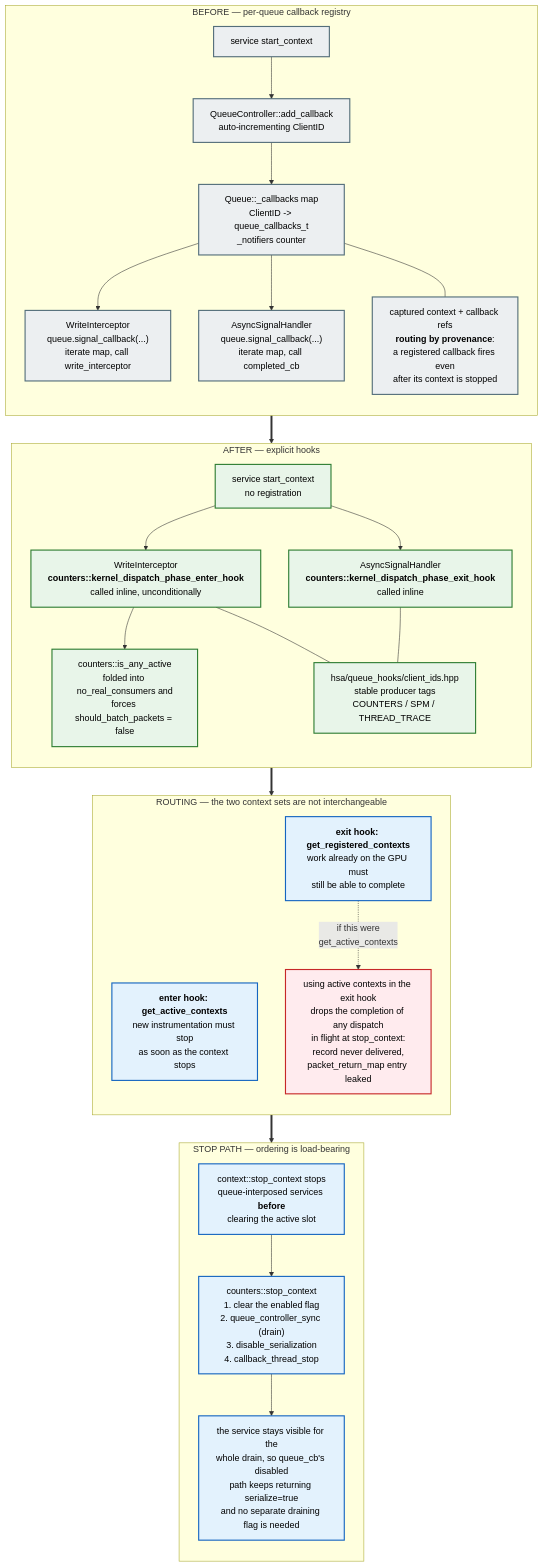
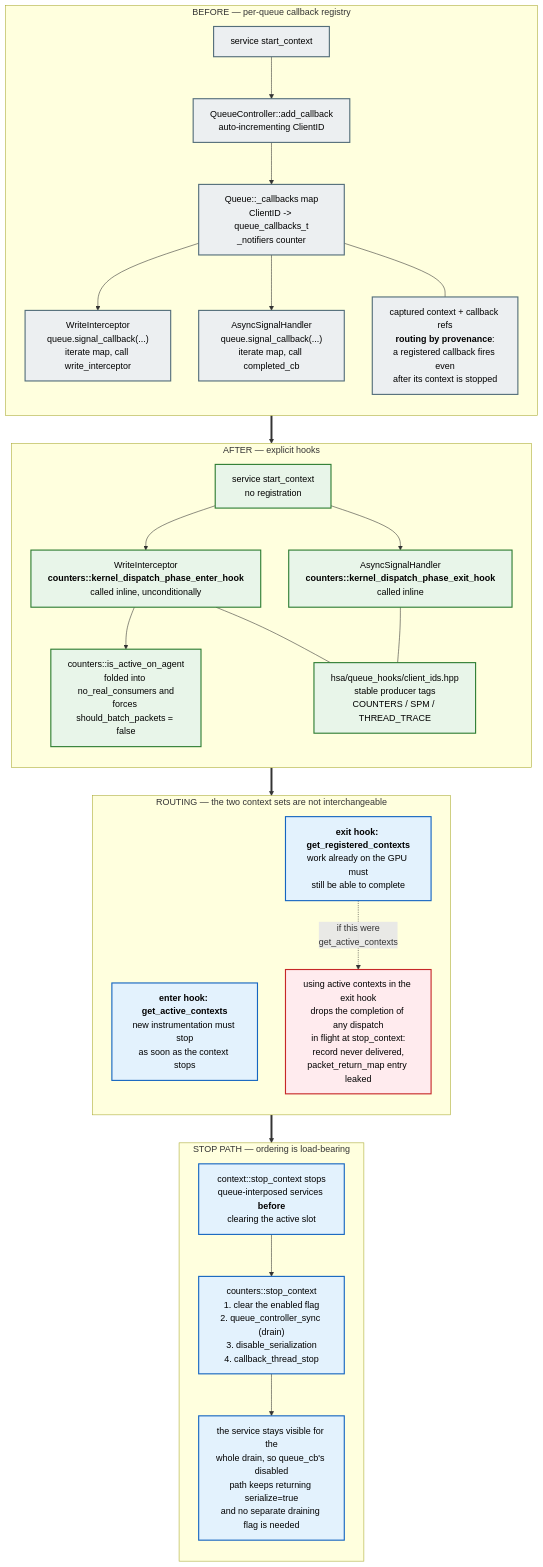
Before and after one commit to ROCm/rocm-systems: the diagram in projects/rocprofiler-sdk/source/docs/conceptual/queue_hooks/queue_callback_removal_architecture.md, drawn with Mermaid. The commit also changed other lines of this file and 5 other files, not shown here.

First line of the commit message:
perf(rocprofiler-sdk): scope the counters interception gate to the dispatch's agent

````diff
--- a/projects/rocprofiler-sdk/source/docs/conceptual/queue_hooks/queue_callback_removal_architecture.md
+++ b/projects/rocprofiler-sdk/source/docs/conceptual/queue_hooks/queue_callback_removal_architecture.md
@@ -17,60 +17,60 @@
 ```mermaid
 flowchart TB
 
   subgraph BEFORE["BEFORE — per-queue callback registry"]
     direction TB
     B1["service start_context"]
     B2["QueueController::add_callback<br/>auto-incrementing ClientID"]
     B3["Queue::_callbacks map<br/>ClientID -> queue_callbacks_t<br/>_notifiers counter"]
     B4["WriteInterceptor<br/>queue.signal_callback(...)<br/>iterate map, call write_interceptor"]
     B5["AsyncSignalHandler<br/>queue.signal_callback(...)<br/>iterate map, call completed_cb"]
     B6["captured context + callback refs<br/><b>routing by provenance</b>:<br/>a registered callback fires even<br/>after its context is stopped"]
     B1 --> B2 --> B3
     B3 --> B4
     B3 --> B5
     B3 --- B6
   end
 
   subgraph AFTER["AFTER — explicit hooks"]
     direction TB
     C1["service start_context<br/>no registration"]
     C2["WriteInterceptor<br/><b>counters::kernel_dispatch_phase_enter_hook</b><br/>called inline, unconditionally"]
-    C3["counters::is_any_active<br/>folded into no_real_consumers and<br/>forces should_batch_packets = false"]
+    C3["counters::is_active_on_agent<br/>folded into no_real_consumers and<br/>forces should_batch_packets = false"]
     C4["AsyncSignalHandler<br/><b>counters::kernel_dispatch_phase_exit_hook</b><br/>called inline"]
     C5["hsa/queue_hooks/client_ids.hpp<br/>stable producer tags<br/>COUNTERS / SPM / THREAD_TRACE"]
     C1 --> C2
     C2 --> C3
     C1 --> C4
     C2 --- C5
     C4 --- C5
   end
 
   subgraph ROUTE["ROUTING — the two context sets are not interchangeable"]
     direction TB
     R1["<b>enter hook: get_active_contexts</b><br/>new instrumentation must stop<br/>as soon as the context stops"]
     R2["<b>exit hook: get_registered_contexts</b><br/>work already on the GPU must<br/>still be able to complete"]
     R3["using active contexts in the exit hook<br/>drops the completion of any dispatch<br/>in flight at stop_context:<br/>record never delivered,<br/>packet_return_map entry leaked"]
     R2 -.->|"if this were<br/>get_active_contexts"| R3
   end
 
   subgraph STOP["STOP PATH — ordering is load-bearing"]
     direction TB
     S1["context::stop_context stops<br/>queue-interposed services <b>before</b><br/>clearing the active slot"]
     S2["counters::stop_context<br/>1. clear the enabled flag<br/>2. queue_controller_sync (drain)<br/>3. disable_serialization<br/>4. callback_thread_stop"]
     S3["the service stays visible for the<br/>whole drain, so queue_cb's disabled<br/>path keeps returning serialize=true<br/>and no separate draining flag is needed"]
     S1 --> S2 --> S3
   end
 
   BEFORE ==> AFTER
   AFTER ==> ROUTE
   ROUTE ==> STOP
 
   classDef old fill:#eceff1,stroke:#546e7a,stroke-width:2px,color:#000
   classDef new fill:#e8f5e9,stroke:#2e7d32,stroke-width:2px,color:#000
   classDef bad fill:#ffebee,stroke:#c62828,stroke-width:2px,color:#000
   classDef fix fill:#e3f2fd,stroke:#1565c0,stroke-width:2px,color:#000
   class B1,B2,B3,B4,B5,B6 old
   class C1,C2,C3,C4,C5 new
   class R3 bad
   class R1,R2,S1,S2,S3 fix
 ```
````
